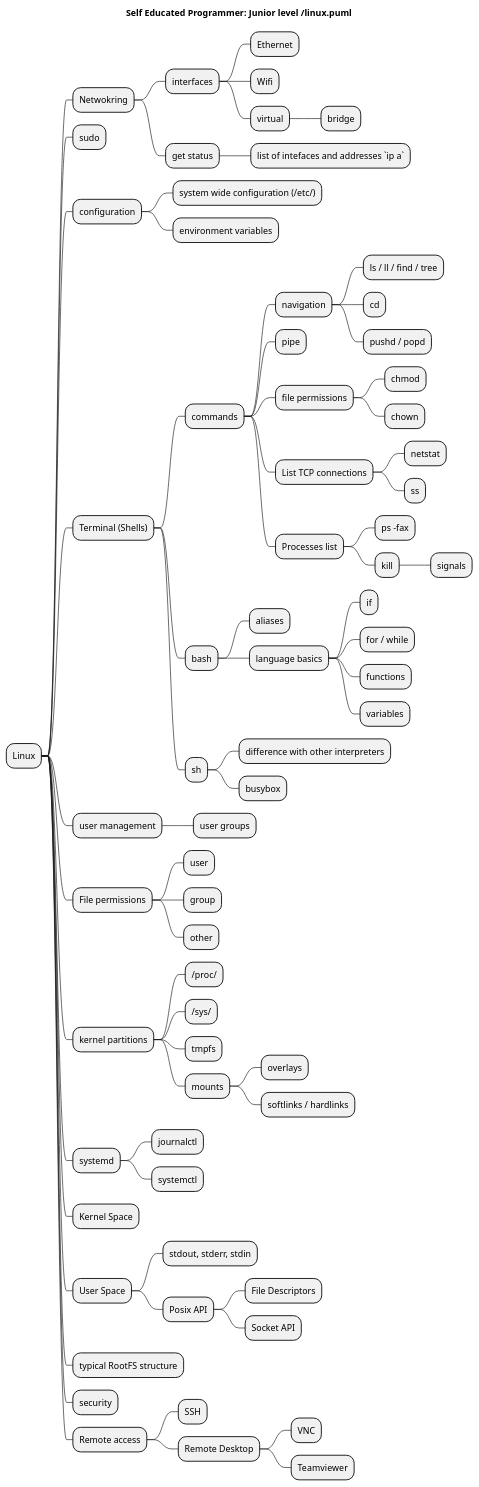
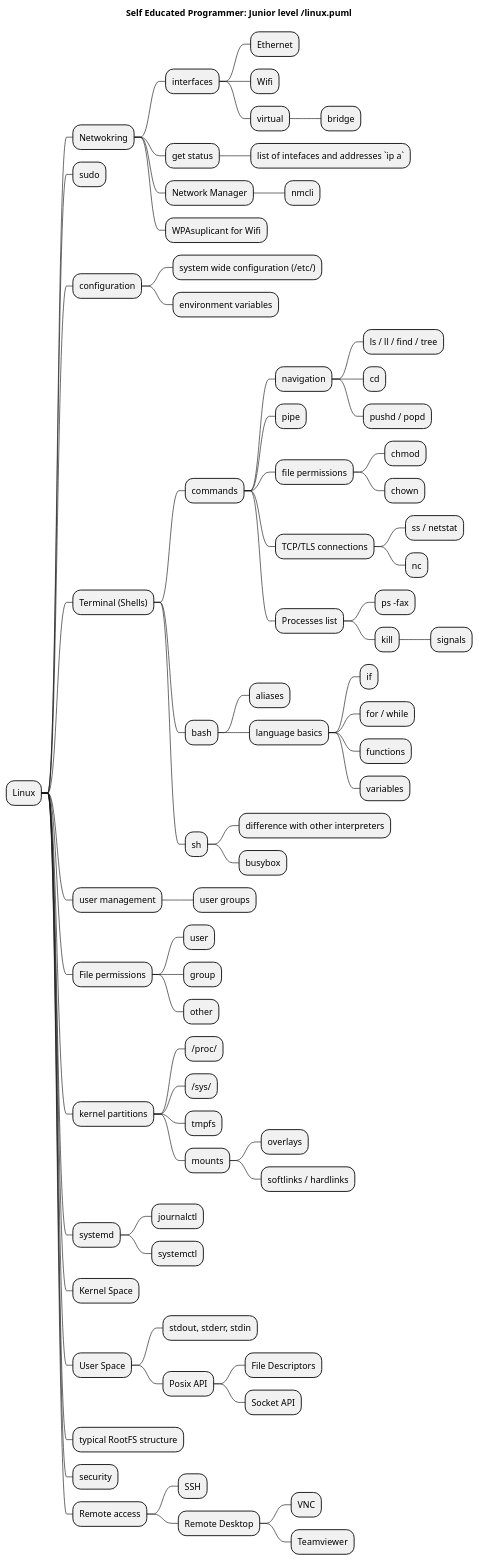
The diagram in src/linux.puml (SmartSoftDev/self_educated_software_programmer_path), drawn with PlantUML before and after one commit. The commit also changed 6 other files, not shown here.

```diff
--- a/src/linux.puml
+++ b/src/linux.puml
@@ -1,76 +1,79 @@
 @startmindmap
 title Self Educated Programmer: Junior level /linux.puml
 
 
 * Linux
 ** Netwokring
 *** interfaces
 **** Ethernet
 **** Wifi
 **** virtual
 ***** bridge
 *** get status
 **** list of intefaces and addresses `ip a`
+*** Network Manager
+**** nmcli
+*** WPAsuplicant for Wifi
 ** sudo
 ** configuration
 *** system wide configuration (/etc/)
 *** environment variables
 ** Terminal (Shells)
 *** commands
 **** navigation
 ***** ls / ll / find / tree
 ***** cd
 ***** pushd / popd
 **** pipe
 **** file permissions
 ***** chmod
 ***** chown
-**** List TCP connections
-***** netstat
-***** ss
+**** TCP/TLS connections
+***** ss / netstat
+***** nc
 **** Processes list
 ***** ps -fax
 ***** kill
 ****** signals
 *** bash
 **** aliases
 **** language basics
 ***** if
 ***** for / while
 ***** functions
 ***** variables
 *** sh
 **** difference with other interpreters
 **** busybox
 ** user management
 *** user groups
 ** File permissions
 *** user
 *** group
 *** other
 ** kernel partitions
 *** /proc/
 *** /sys/
 *** tmpfs
 *** mounts
 **** overlays
 **** softlinks / hardlinks
 ** systemd
 *** journalctl
 *** systemctl
 ** Kernel Space
 ** User Space
 *** stdout, stderr, stdin
 *** Posix API
 **** File Descriptors
 **** Socket API
 ** typical RootFS structure
 ** security
 ** Remote access
 *** SSH
 *** Remote Desktop
 **** VNC
 **** Teamviewer
 
 
 @endmindmap
```
